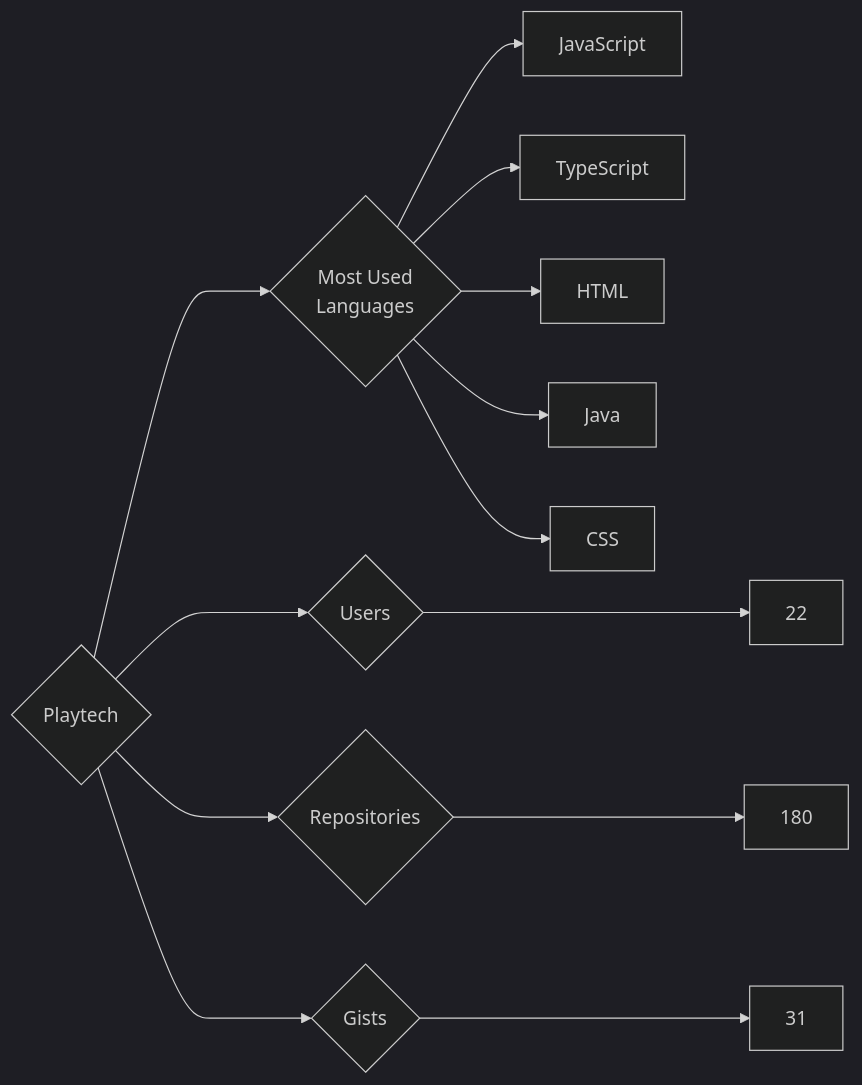
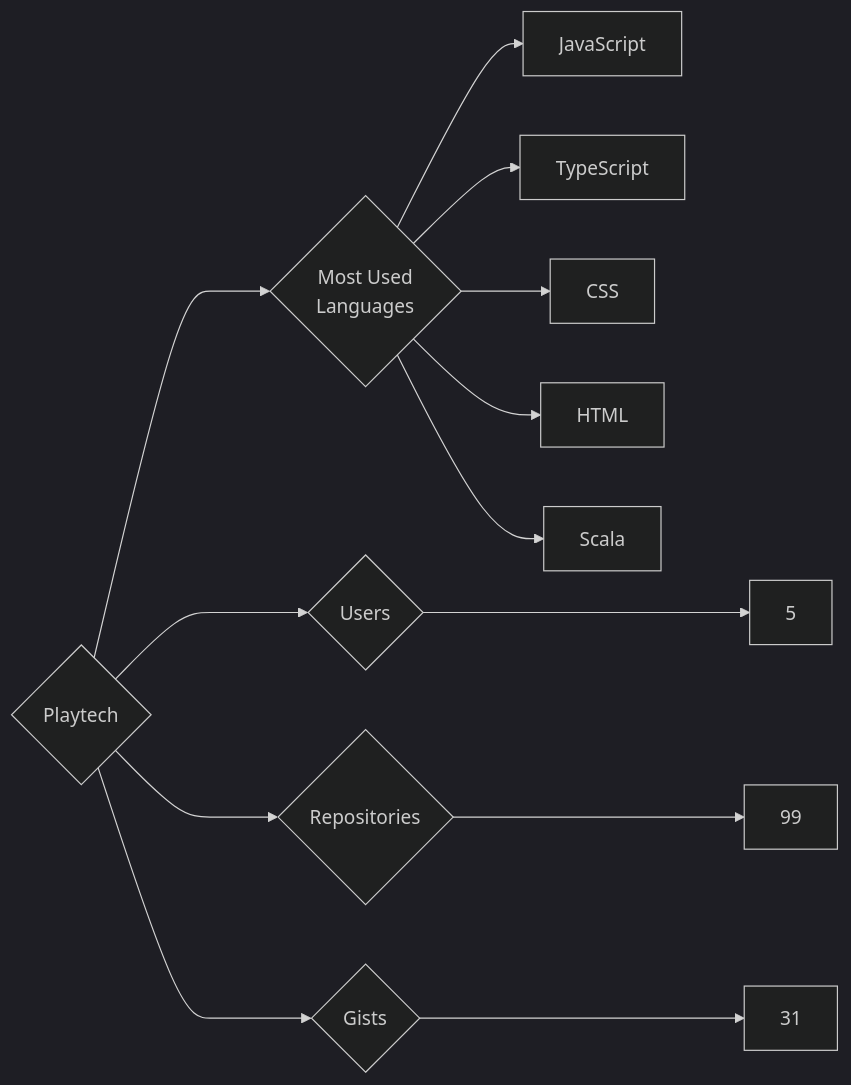
One commit to trickest/insiders changed the diagram in targets/Playtech/README.md. Above: the diagram before and after it, drawn with Mermaid (dark theme). The commit also changed 823 other files, not shown here.

````diff
--- a/targets/Playtech/README.md
+++ b/targets/Playtech/README.md
@@ -3,13 +3,13 @@
 ```mermaid
 graph LR
 COMPANY_NAME{Playtech}
-COMPANY_NAME ---> U{Users} ---> UN[22]
-COMPANY_NAME ---> R{Repositories} ---> RN[180]
+COMPANY_NAME ---> U{Users} ---> UN[5]
+COMPANY_NAME ---> R{Repositories} ---> RN[99]
 COMPANY_NAME ---> G{Gists} ---> GN[31]
 COMPANY_NAME ---> ML{Most Used<br>Languages}
 ML --> JavaScript[JavaScript]
 ML --> TypeScript[TypeScript]
+ML --> CSS[CSS]
 ML --> HTML[HTML]
-ML --> Java[Java]
-ML --> CSS[CSS]
+ML --> Scala[Scala]
 ```
````
